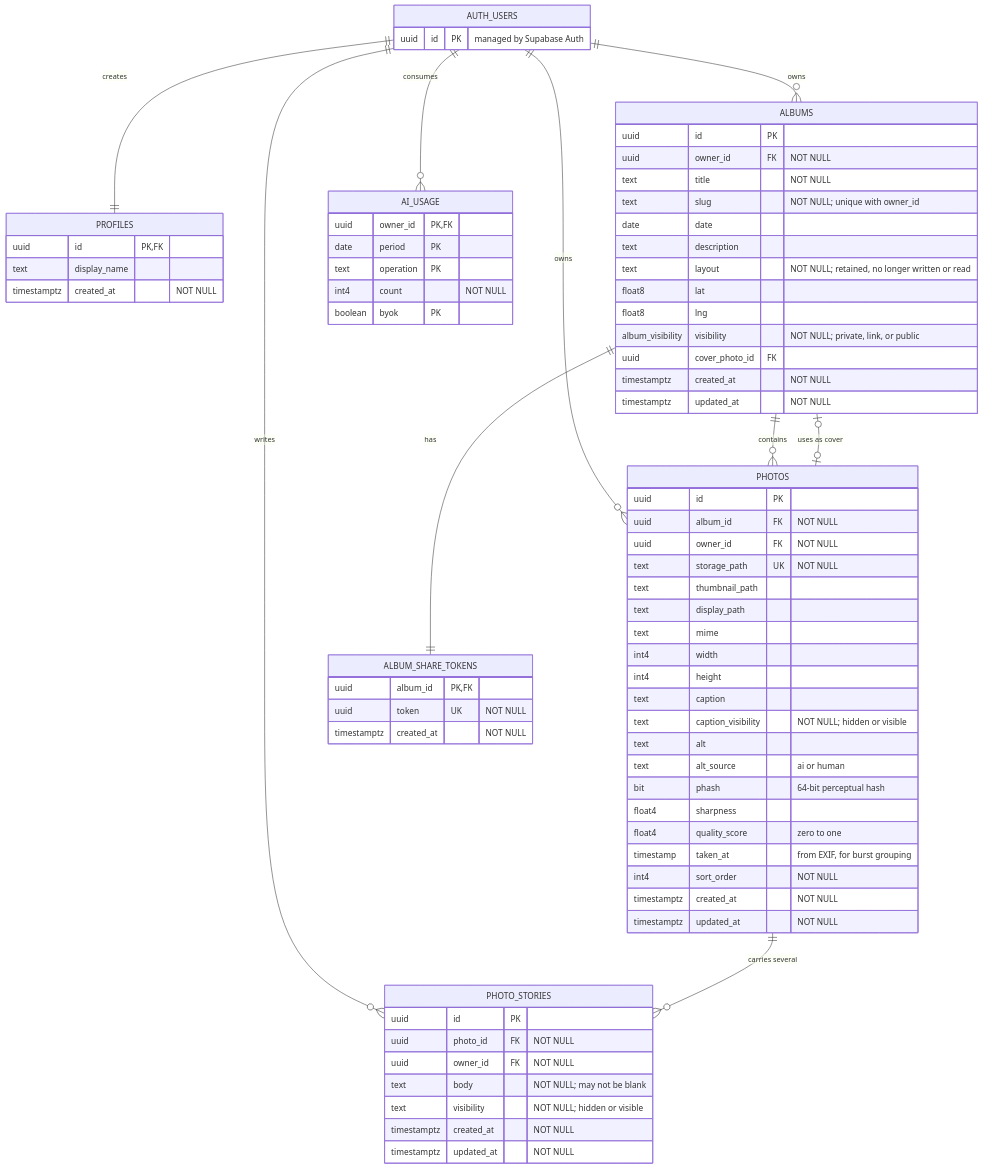
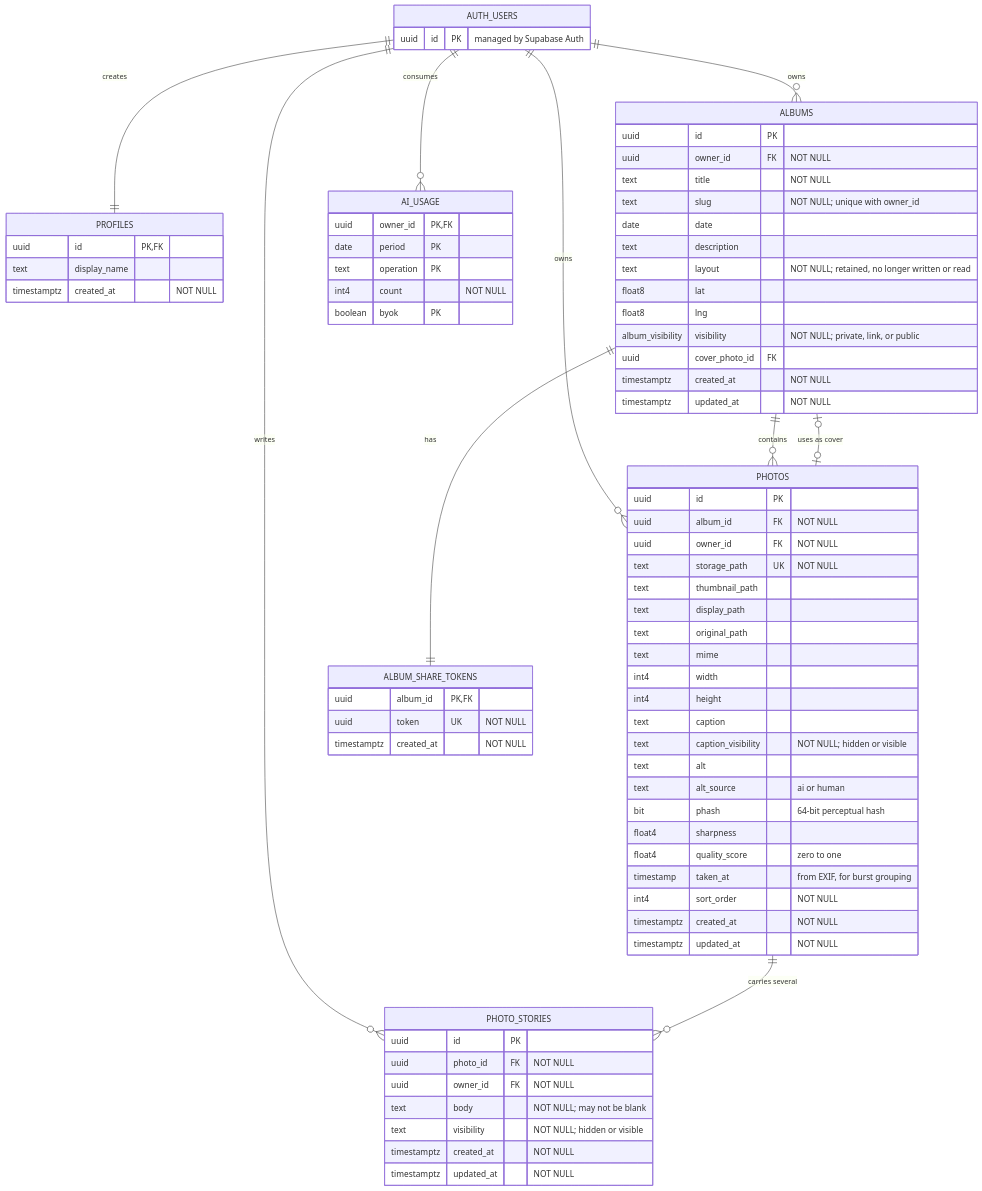
One commit to Elizabeth1979/albums-studio changed the second of 3 diagrams in docs/project-structure.md. Above: the diagram before and after it, drawn with Mermaid. The commit also changed 6 other files, not shown here.

```diff
--- a/docs/project-structure.md
+++ b/docs/project-structure.md
@@ -171,6 +171,7 @@
         text storage_path UK "NOT NULL"
         text thumbnail_path
         text display_path
+        text original_path
         text mime
         int4 width
         int4 height
```
